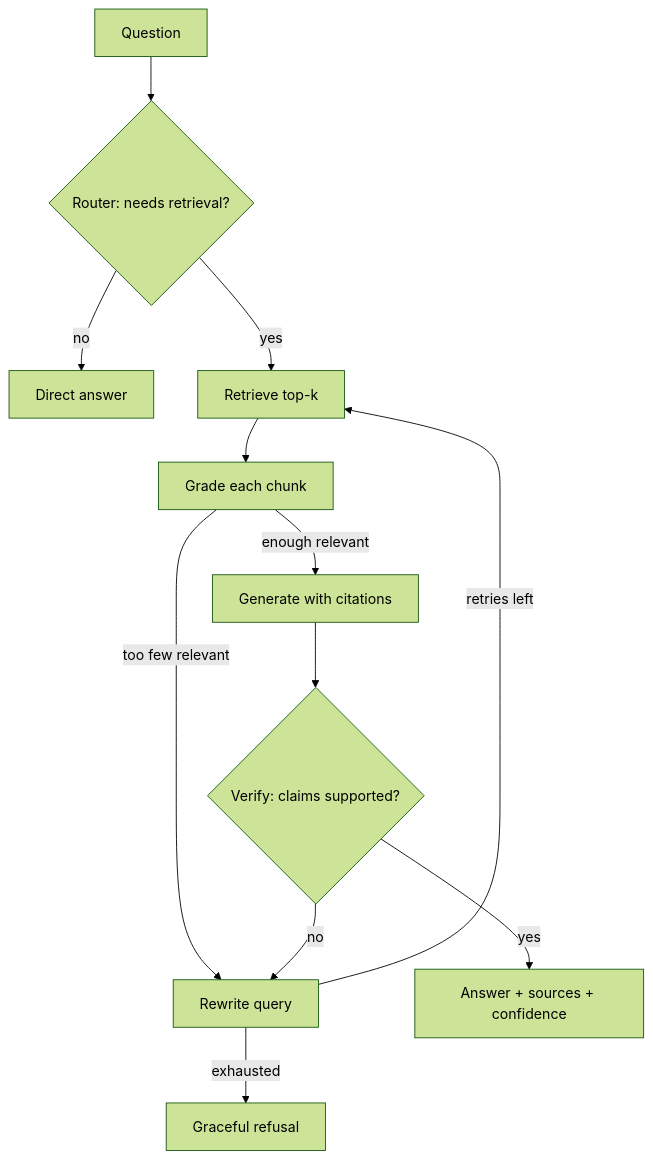
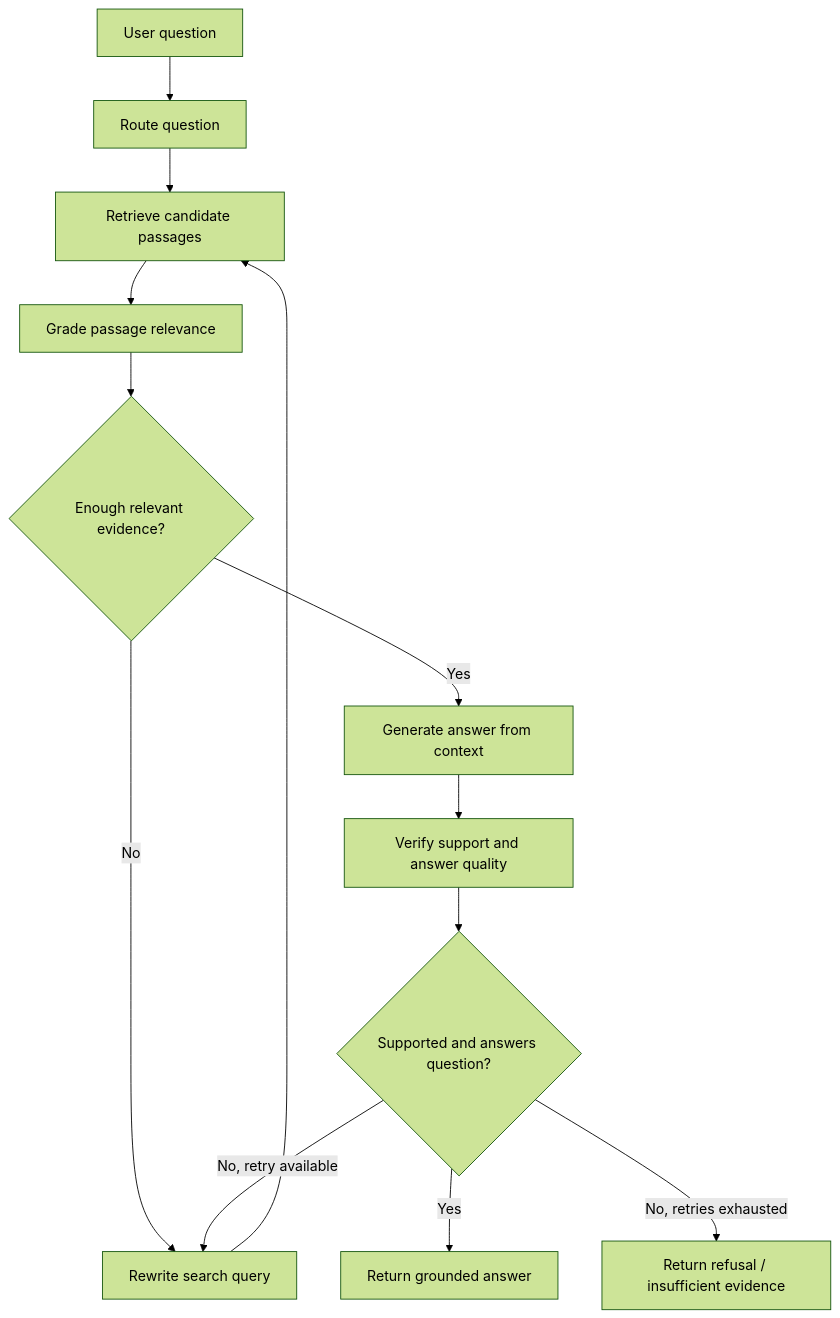
Before and after one commit to Bhupi1818/Self-RAG: the diagram in README.md, drawn with Mermaid (forest theme). The commit also changed other lines of this file, not shown here.

````diff
--- a/README.md
+++ b/README.md
@@ -19,14 +36,15 @@
-```mermaid
+``` mermaid
 flowchart TD
-    Q[Question] --> R{Router: needs retrieval?}
-    R -- no --> D[Direct answer]
-    R -- yes --> RET[Retrieve top-k]
-    RET --> G[Grade each chunk]
-    G -- too few relevant --> RW[Rewrite query]
-    G -- enough relevant --> GEN[Generate with citations]
-    GEN --> V{Verify: claims supported?}
-    V -- yes --> A[Answer + sources + confidence]
-    V -- no --> RW
-    RW -- retries left --> RET
-    RW -- exhausted --> X[Graceful refusal]
+    A[User question] --> B[Route question]
+    B --> C[Retrieve candidate passages]
+    C --> D[Grade passage relevance]
+    D --> E{Enough relevant evidence?}
+    E -- No --> F[Rewrite search query]
+    F --> C
+    E -- Yes --> G[Generate answer from context]
+    G --> H[Verify support and answer quality]
+    H --> I{Supported and answers question?}
+    I -- Yes --> J[Return grounded answer]
+    I -- No, retry available --> F
+    I -- No, retries exhausted --> K[Return refusal / insufficient evidence]
 ```
````
